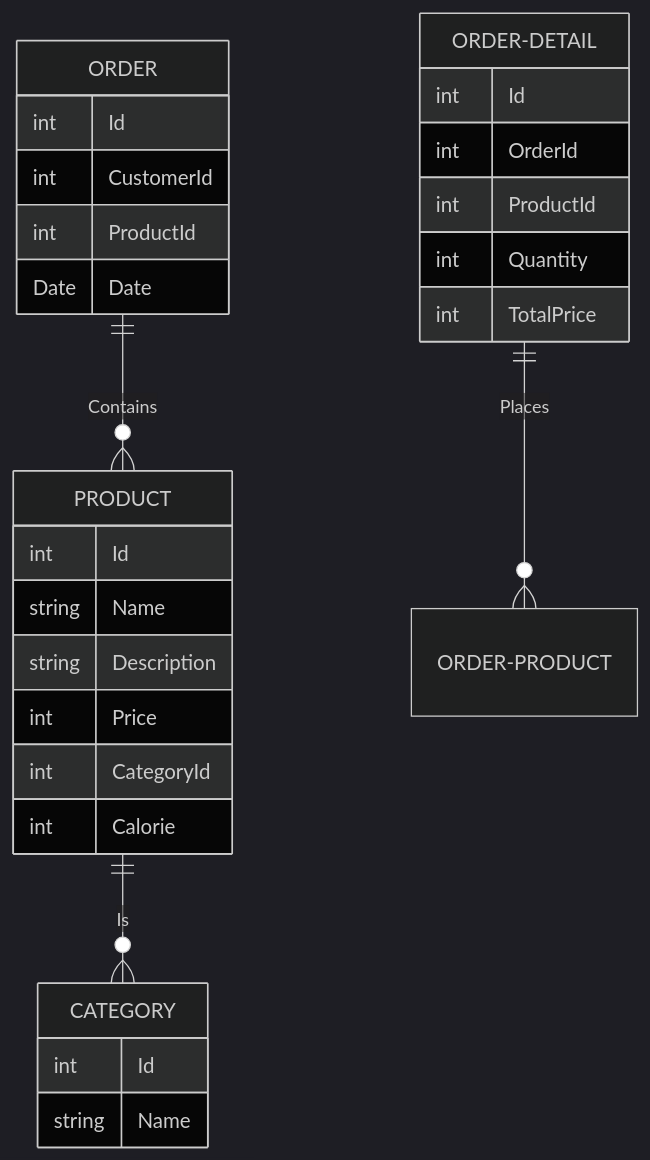
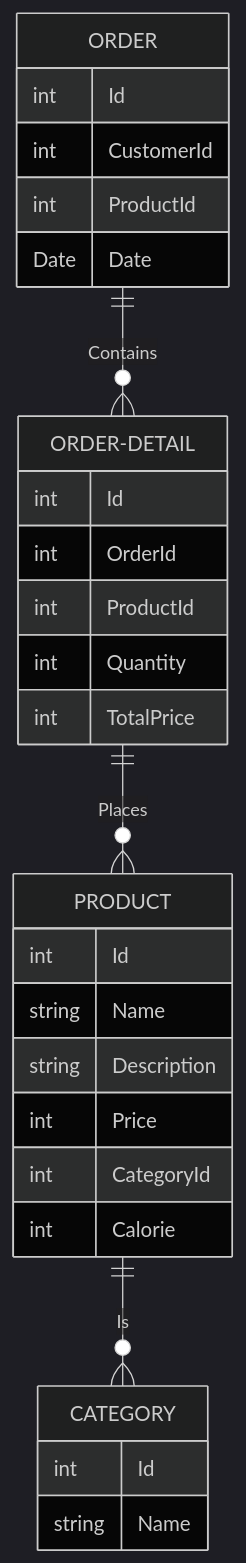
One commit to xHolland0/Pattisserie-Desktop-App changed the diagram in README.md. Above: the diagram before and after it, drawn with Mermaid (dark theme).

````diff
--- a/README.md
+++ b/README.md
@@ -12,33 +12,33 @@
 ```mermaid
 erDiagram
-    ORDER ||--o{ PRODUCT : Contains
+    ORDER ||--o{ ORDER-DETAIL : Contains
     ORDER {
 int Id
 int CustomerId
 int ProductId
 Date Date
     }
 
-    ORDER-DETAIL ||--o{ ORDER-PRODUCT : Places
+    ORDER-DETAIL ||--o{ PRODUCT : Places
     ORDER-DETAIL {
 int Id
 int OrderId
 int ProductId
 int Quantity
 int TotalPrice
     }
 
     PRODUCT ||--o{ CATEGORY : Is
     PRODUCT {
 int Id
 string Name
 string Description
 int Price
 int CategoryId
 int Calorie
     }
     CATEGORY {
 int Id
 string Name
     }
 ```
````
